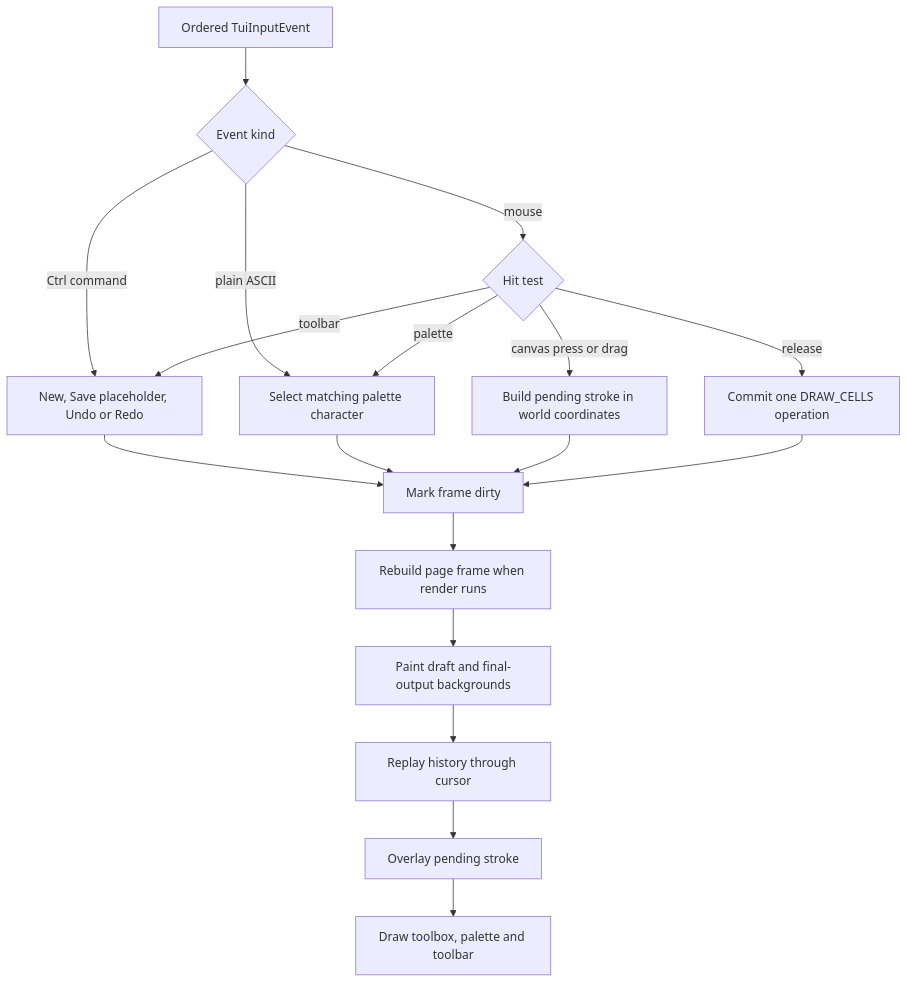
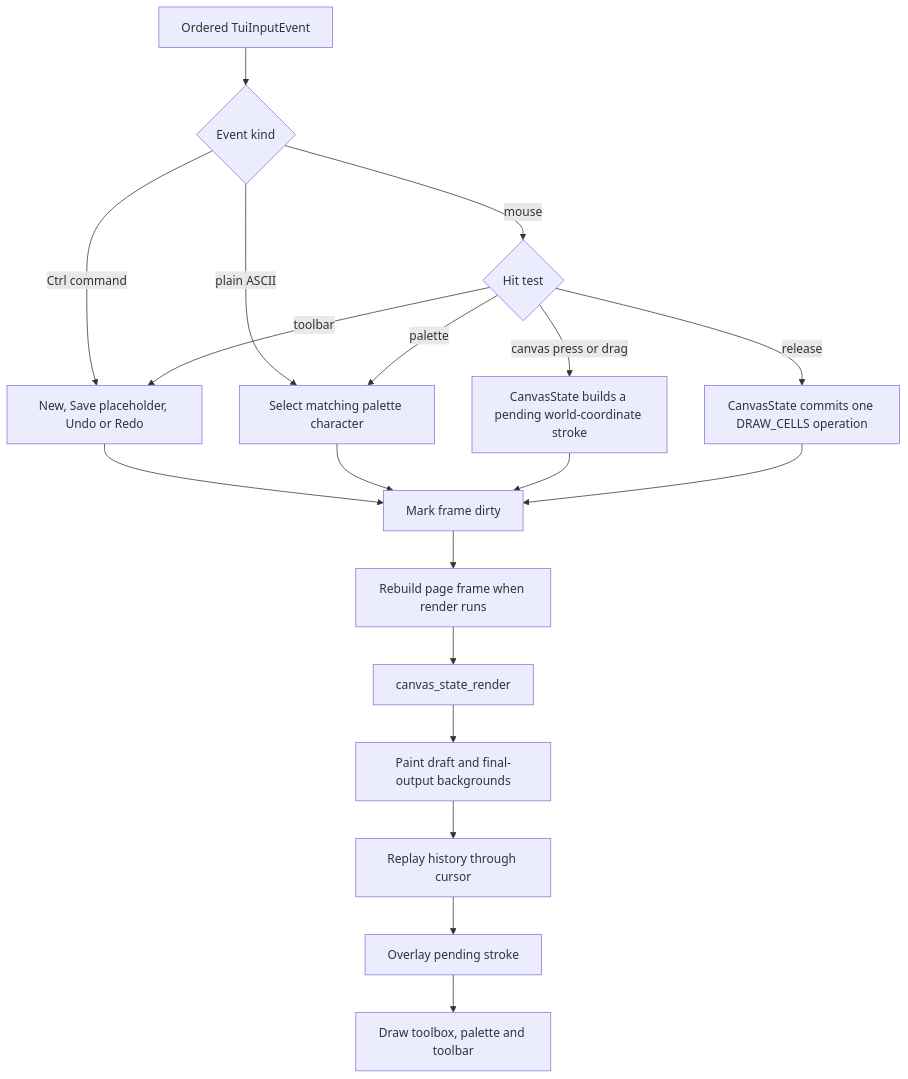
One commit to jeff31415/Tverse changed the first of 2 diagrams in docs/pages/canvas.md. Above: the diagram before and after it, drawn with Mermaid. The commit also changed other lines of this file and 8 other files, not shown here.

````diff
--- a/docs/pages/canvas.md
+++ b/docs/pages/canvas.md
@@ -28,20 +33,21 @@
 ```mermaid
 flowchart TD
     Event["Ordered TuiInputEvent"] --> Kind{"Event kind"}
     Kind -- "Ctrl command" --> Command["New, Save placeholder, Undo or Redo"]
     Kind -- "plain ASCII" --> Select["Select matching palette character"]
     Kind -- "mouse" --> Hit{"Hit test"}
     Hit -- "palette" --> Select
     Hit -- "toolbar" --> Command
-    Hit -- "canvas press or drag" --> Stroke["Build pending stroke in world coordinates"]
-    Hit -- "release" --> Commit["Commit one DRAW_CELLS operation"]
+    Hit -- "canvas press or drag" --> Stroke["CanvasState builds a pending world-coordinate stroke"]
+    Hit -- "release" --> Commit["CanvasState commits one DRAW_CELLS operation"]
     Command --> Dirty["Mark frame dirty"]
     Select --> Dirty
     Stroke --> Dirty
     Commit --> Dirty
     Dirty --> Render["Rebuild page frame when render runs"]
-    Render --> Base["Paint draft and final-output backgrounds"]
+    Render --> StateRender["canvas_state_render"]
+    StateRender --> Base["Paint draft and final-output backgrounds"]
     Base --> Replay["Replay history through cursor"]
     Replay --> Pending["Overlay pending stroke"]
     Pending --> Chrome["Draw toolbox, palette and toolbar"]
 ```
````
